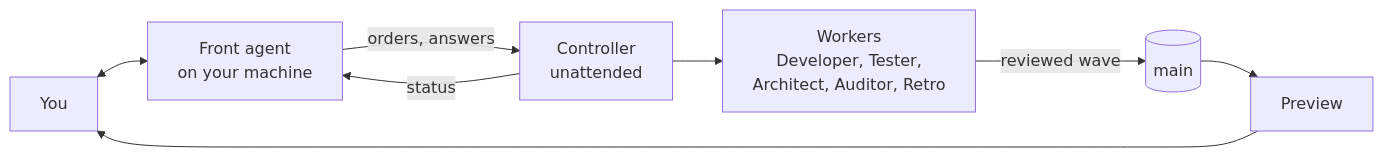
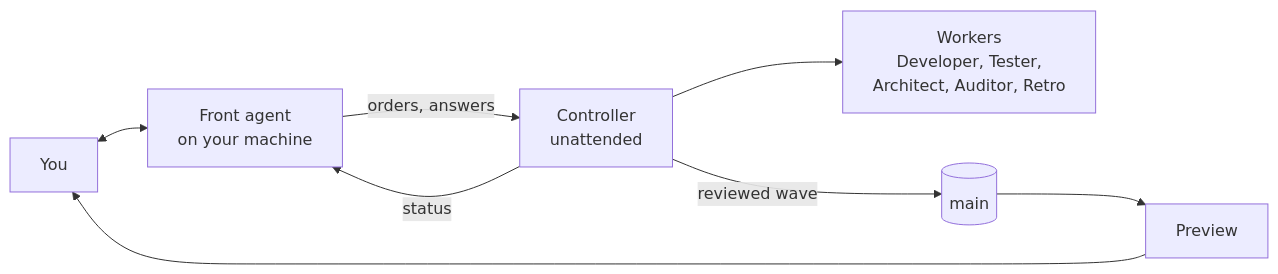
The diagram in README.md (bussard76/agentic-factory), drawn with Mermaid before and after one commit. The commit also changed other lines of this file and 2 other files, not shown here.

````diff
--- a/README.md
+++ b/README.md
@@ -20,10 +20,10 @@
 ```mermaid
 flowchart LR
   H[You] <--> F[Front agent<br/>on your machine]
   F -- orders, answers --> C[Controller<br/>unattended]
   C -- status --> F
   C --> W[Workers<br/>Developer, Tester,<br/>Architect, Auditor, Retro]
-  W -- reviewed wave --> M[(main)]
+  C -- reviewed wave --> M[(main)]
   M --> P[Preview]
   P --> H
 ```
````
